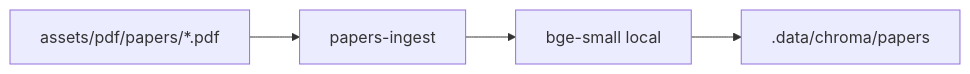
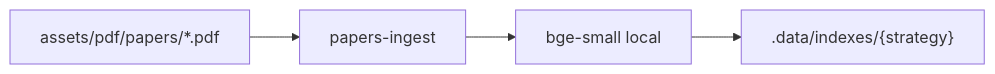
Before and after one commit to amirhessam88/amir: the diagram in projects/papers-ingest/docs/index.md, drawn with Mermaid. The commit also changed 63 other files, not shown here.

````diff
--- a/projects/papers-ingest/docs/index.md
+++ b/projects/papers-ingest/docs/index.md
@@ -24,6 +24,6 @@
 ```mermaid
 flowchart LR
   PDFs["assets/pdf/papers/*.pdf"] --> CLI["papers-ingest"]
   CLI --> Embed["bge-small local"]
-  Embed --> Chroma[".data/chroma/papers"]
+  Embed --> Chroma[".data/indexes/{strategy}"]
 ```
````
